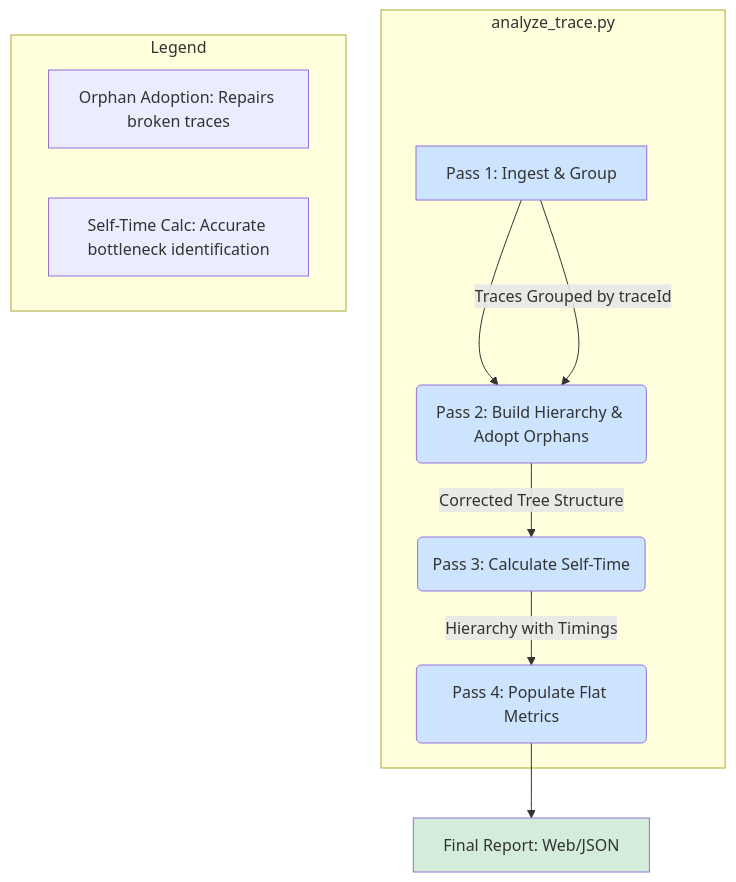
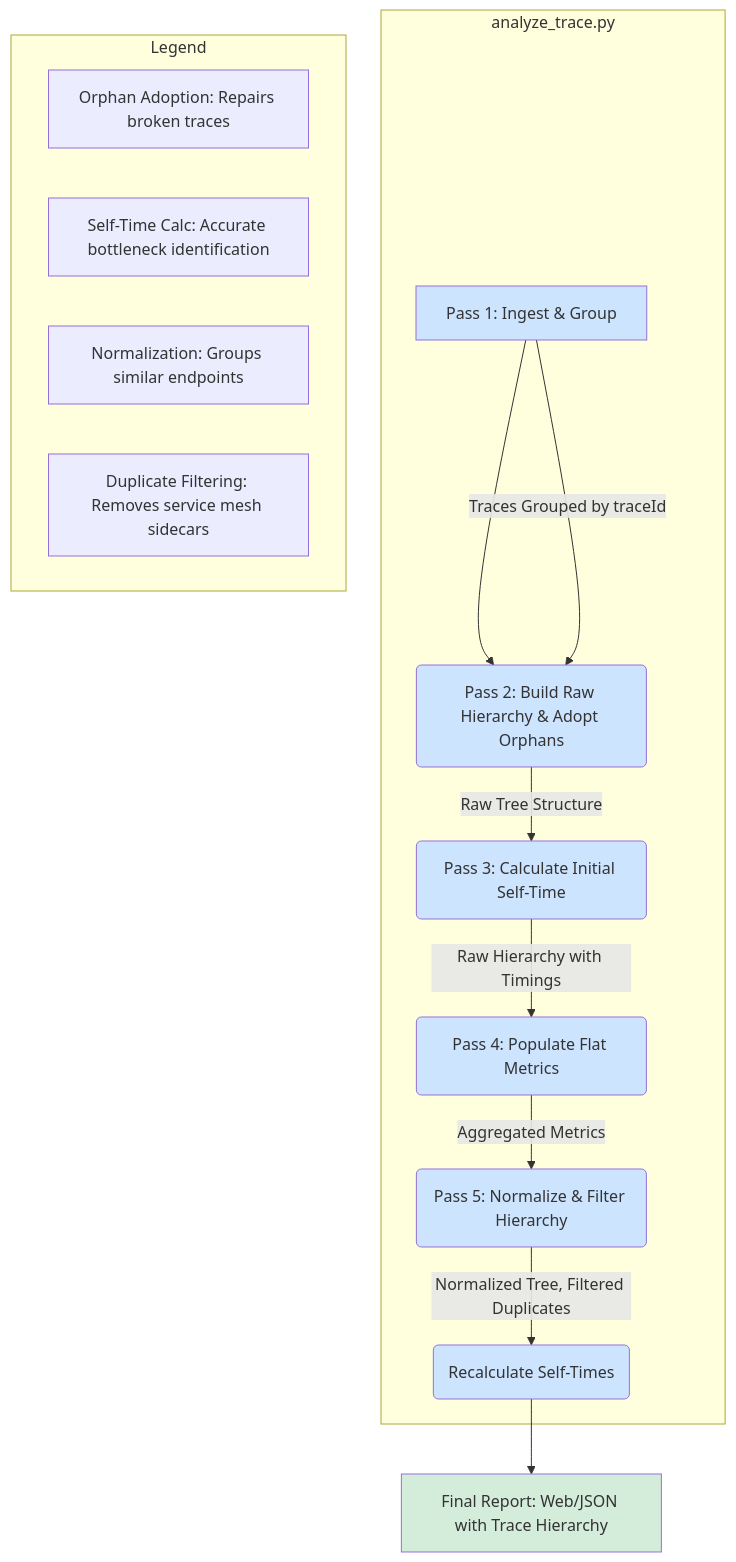
Before and after one commit to vikrant82/trace_analyzer: the diagram in analysis_summary.md, drawn with Mermaid. The commit also changed other lines of this file and 5 other files, not shown here.

Commit message:
feat: hot zone detecton in trace hierarchy

````diff
--- a/analysis_summary.md
+++ b/analysis_summary.md
@@ -63,22 +64,28 @@
 ```mermaid
 graph TD
     A[Pass 1: Ingest & Group] --> B;
     subgraph analyze_trace.py
-        A-- Traces Grouped by traceId --> B(Pass 2: Build Hierarchy & Adopt Orphans);
-        B-- Corrected Tree Structure --> C(Pass 3: Calculate Self-Time);
-        C-- Hierarchy with Timings --> D(Pass 4: Populate Flat Metrics);
+        A-- Traces Grouped by traceId --> B(Pass 2: Build Raw Hierarchy & Adopt Orphans);
+        B-- Raw Tree Structure --> C(Pass 3: Calculate Initial Self-Time);
+        C-- Raw Hierarchy with Timings --> D(Pass 4: Populate Flat Metrics);
+        D-- Aggregated Metrics --> F(Pass 5: Normalize & Filter Hierarchy);
+        F-- Normalized Tree, Filtered Duplicates --> G(Recalculate Self-Times);
     end
-    D --> E[Final Report: Web/JSON];
+    G --> E[Final Report: Web/JSON with Trace Hierarchy];
 
     subgraph Legend
         direction LR
         L1[Orphan Adoption: Repairs broken traces]
         L2[Self-Time Calc: Accurate bottleneck identification]
+        L3[Normalization: Groups similar endpoints]
+        L4[Duplicate Filtering: Removes service mesh sidecars]
     end
 
     style A fill:#cde4ff
     style B fill:#cde4ff
     style C fill:#cde4ff
     style D fill:#cde4ff
+    style F fill:#cde4ff
+    style G fill:#cde4ff
     style E fill:#d4edda
 ```
````
